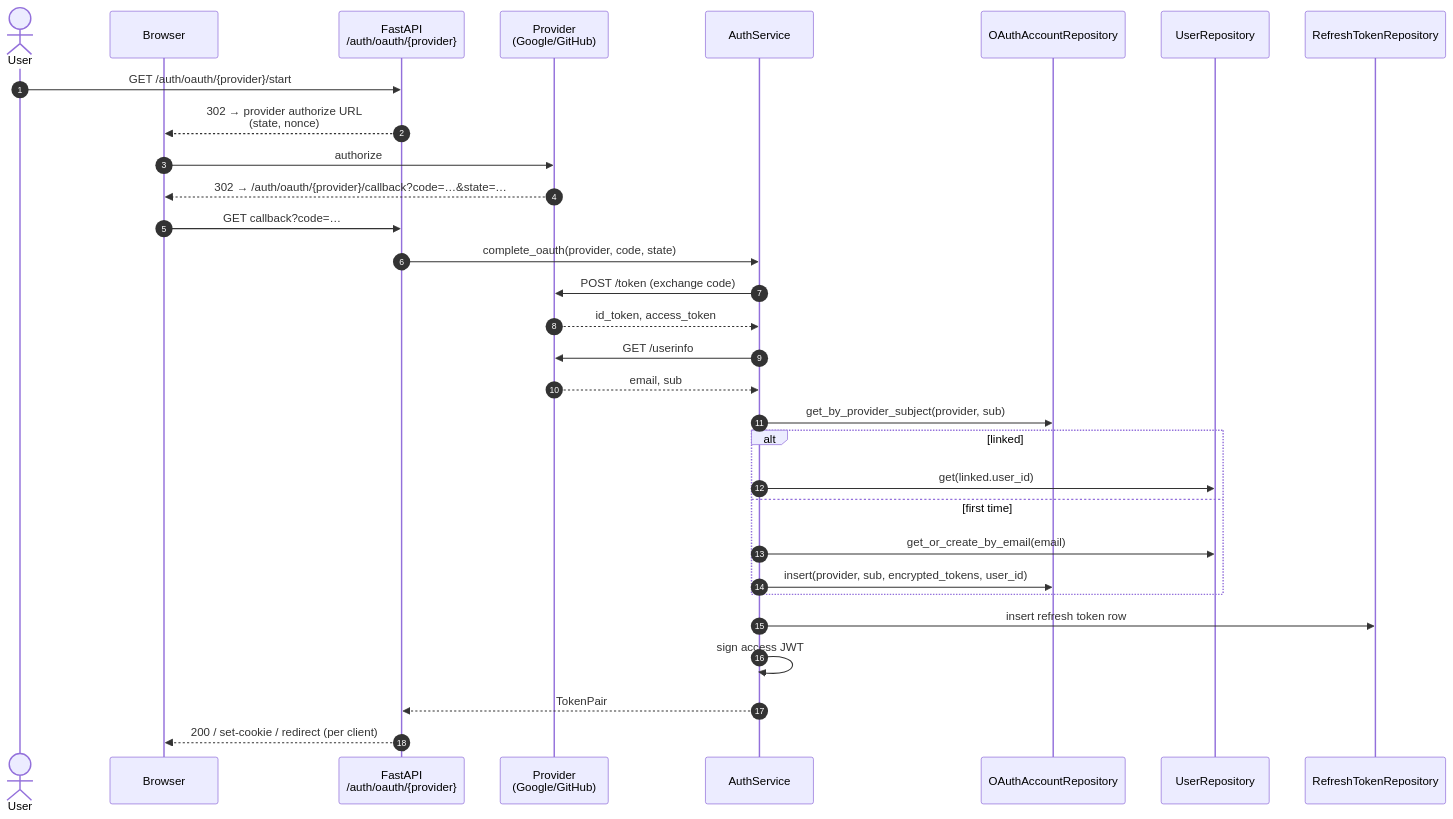
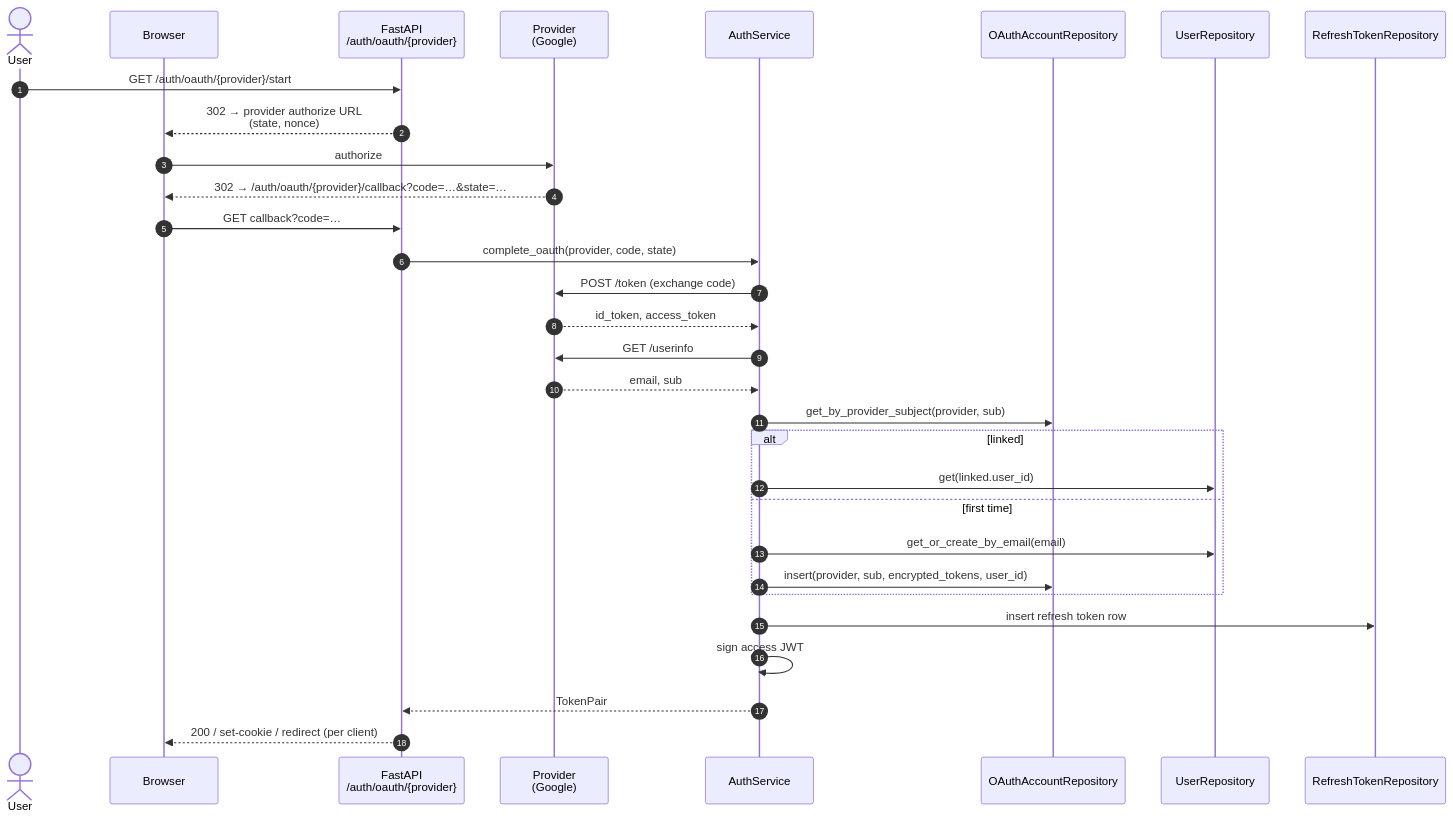
One commit to RealOrangeKun/seed-bank changed the second of 3 diagrams in docs/diagrams/08-auth-sequence.md. Above: the diagram before and after it, drawn with Mermaid. The commit also changed other lines of this file and 19 other files, not shown here.

First line of the commit message:
chore: finalize removal of personal API keys and GitHub OAuth

````diff
--- a/docs/diagrams/08-auth-sequence.md
+++ b/docs/diagrams/08-auth-sequence.md
@@ -50,34 +50,34 @@
 ```mermaid
 sequenceDiagram
     autonumber
     actor U as User
     participant Browser
     participant API as FastAPI<br/>/auth/oauth/{provider}
-    participant P as Provider<br/>(Google/GitHub)
+    participant P as Provider<br/>(Google)
     participant Svc as AuthService
     participant OA as OAuthAccountRepository
     participant UR as UserRepository
     participant RT as RefreshTokenRepository
 
     U->>API: GET /auth/oauth/{provider}/start
     API-->>Browser: 302 → provider authorize URL<br/>(state, nonce)
     Browser->>P: authorize
     P-->>Browser: 302 → /auth/oauth/{provider}/callback?code=…&state=…
     Browser->>API: GET callback?code=…
     API->>Svc: complete_oauth(provider, code, state)
     Svc->>P: POST /token (exchange code)
     P-->>Svc: id_token, access_token
     Svc->>P: GET /userinfo
     P-->>Svc: email, sub
     Svc->>OA: get_by_provider_subject(provider, sub)
     alt linked
         Svc->>UR: get(linked.user_id)
     else first time
         Svc->>UR: get_or_create_by_email(email)
         Svc->>OA: insert(provider, sub, encrypted_tokens, user_id)
     end
     Svc->>RT: insert refresh token row
     Svc->>Svc: sign access JWT
     Svc-->>API: TokenPair
     API-->>Browser: 200 / set-cookie / redirect (per client)
 ```
````
